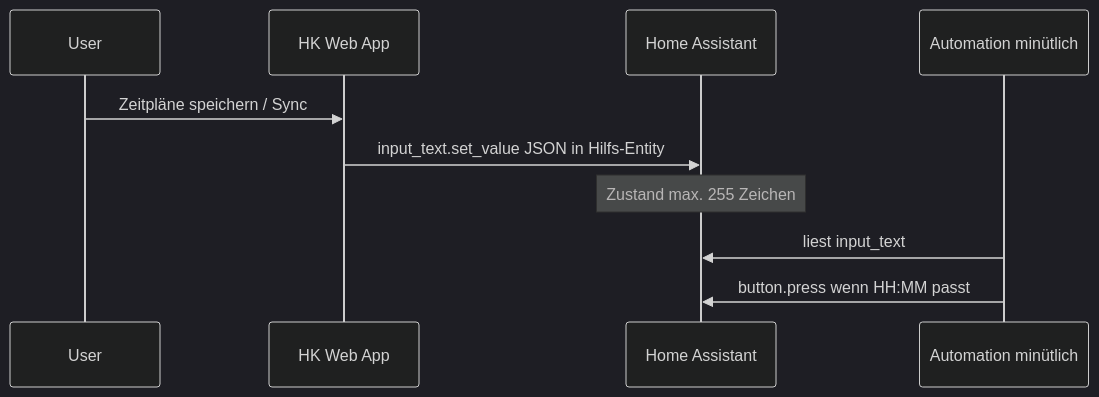
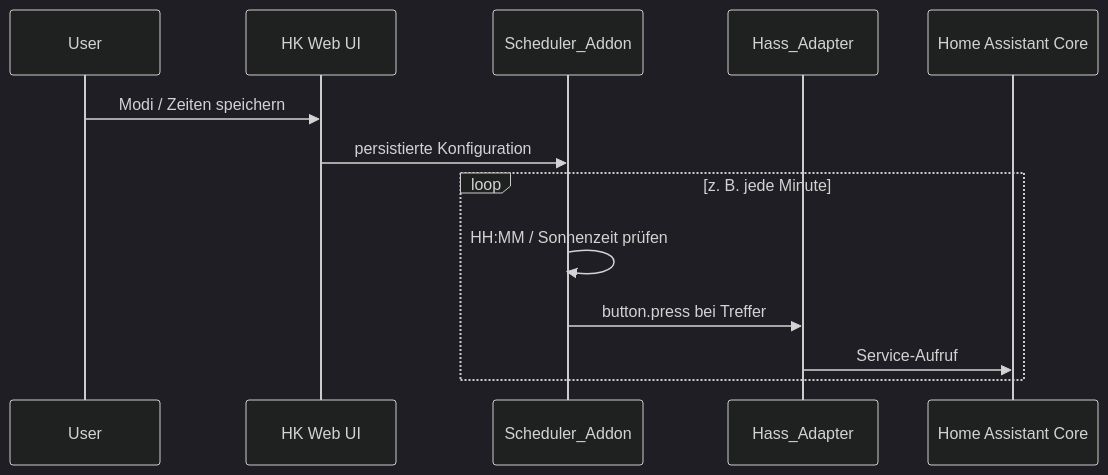
Before and after one commit to The88ers/ha-addon-hk-app: the second of 2 diagrams in Anforderungen.md, drawn with Mermaid (dark theme). The commit also changed other lines of this file and 21 other files, not shown here.

First line of the commit message:
Release v0.1.0: HK Web App add-on for Home Assistant store

````diff
--- a/Anforderungen.md
+++ b/Anforderungen.md
@@ -169,13 +194,16 @@
 ```mermaid
 sequenceDiagram
   participant User
-  participant App as HK Web App
-  participant HA as Home Assistant
-  participant Auto as Automation minütlich
+  participant UI as HK Web UI
+  participant Sch as Scheduler_Addon
+  participant Ad as Hass_Adapter
+  participant HA as Home Assistant Core
 
-  User->>App: Zeitpläne speichern / Sync
-  App->>HA: input_text.set_value JSON in Hilfs-Entity
-  Note over HA: Zustand max. 255 Zeichen
-  Auto->>HA: liest input_text
-  Auto->>HA: button.press wenn HH:MM passt
+  User->>UI: Modi / Zeiten speichern
+  UI->>Sch: persistierte Konfiguration
+  loop z. B. jede Minute
+    Sch->>Sch: HH:MM / Sonnenzeit prüfen
+    Sch->>Ad: button.press bei Treffer
+    Ad->>HA: Service-Aufruf
+  end
 ```
````
